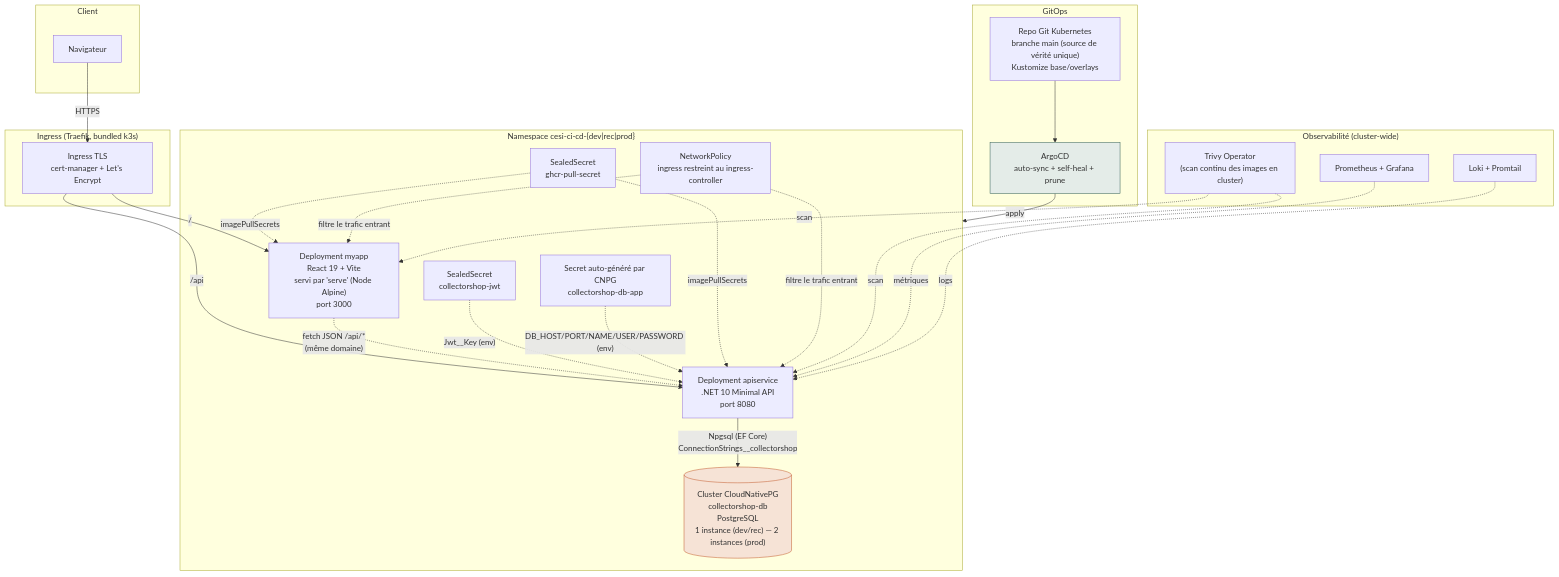
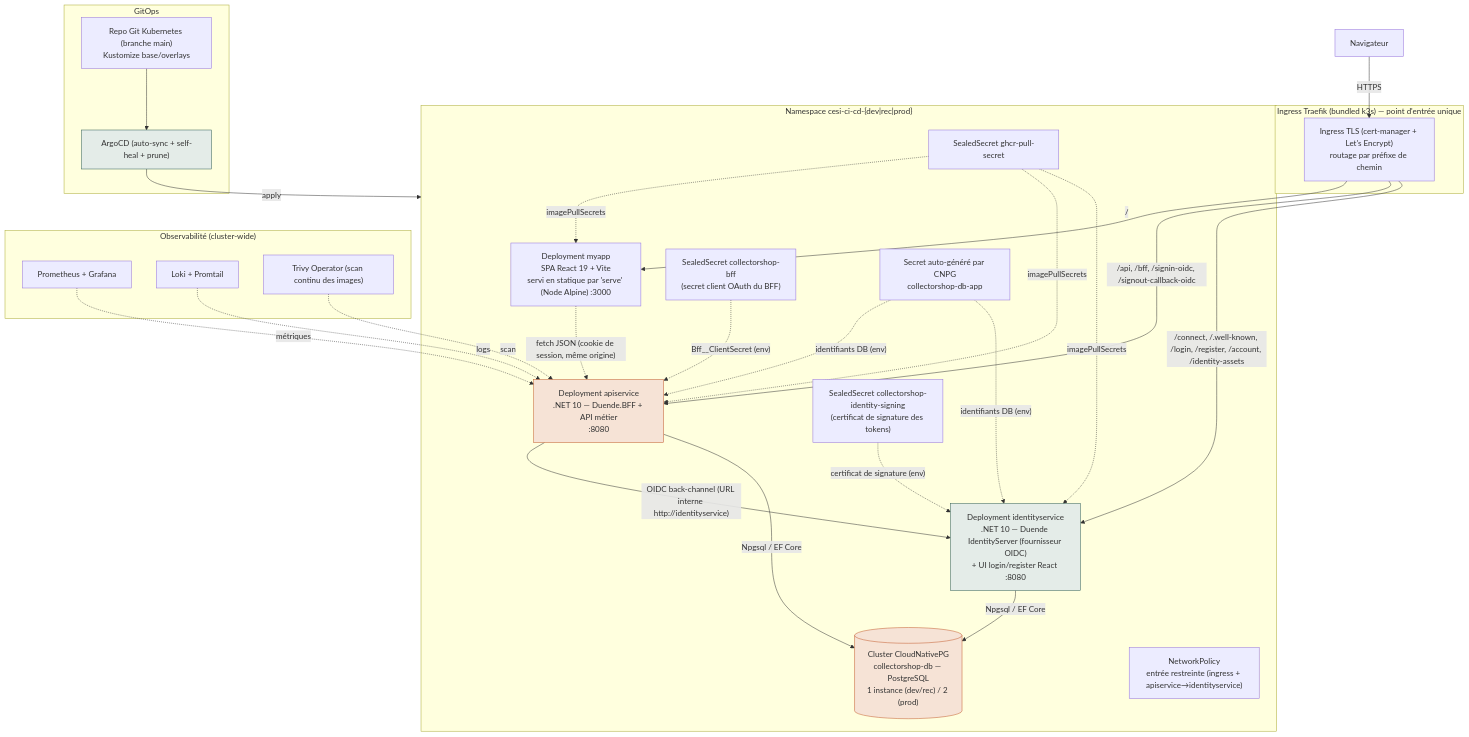
Before and after one commit to JulienForestier/CESI-CI-CD: the first of 2 diagrams in docs/livrables/05-architecture-technique.md, drawn with Mermaid. The commit also changed other lines of this file and 2 other files, not shown here.

Commit message:
docs(livrables): update 05/08/02 for OIDC-BFF architecture
- 05 architecture : réécriture complète (3 services myapp/apiservice=BFF/
  identityservice=IdP au lieu de 2 + JWT), 2 nouveaux diagrammes mermaid
  (archi 3-services + séquence du flow OIDC/BFF), tables sécurité/découpage
  à jour, la limite "pas de serveur d'auth dédié" devient une capacité.
- 08 sécurité : auth OIDC/BFF en bonne pratique, rate limiting marqué fait,
  secrets BFF/signing au lieu de JWT, hardening workflows CI, Security A.
- 02 tests : compteurs réels (107 backend + 156 front), TokenServiceTests
  retiré, tests IdentityService ajoutés, cookie/OIDC au lieu de JWT.

````diff
--- a/docs/livrables/05-architecture-technique.md
+++ b/docs/livrables/05-architecture-technique.md
@@ -5,55 +5,62 @@
 ```mermaid
 flowchart TB
-    subgraph CLIENT["Client"]
-        U["Navigateur"]
-    end
+    U["Navigateur"]
 
-    subgraph EDGE["Ingress (Traefik, bundled k3s)"]
-        ING["Ingress TLS\ncert-manager + Let's Encrypt"]
+    subgraph EDGE["Ingress Traefik (bundled k3s) — point d'entrée unique"]
+        ING["Ingress TLS (cert-manager + Let's Encrypt)<br/>routage par préfixe de chemin"]
     end
 
     subgraph NS["Namespace cesi-ci-cd-{dev|rec|prod}"]
-        FRONT["Deployment myapp\nReact 19 + Vite\nservi par 'serve' (Node Alpine)\nport 3000"]
-        API["Deployment apiservice\n.NET 10 Minimal API\nport 8080"]
-        DB[("Cluster CloudNativePG\ncollectorshop-db\nPostgreSQL\n1 instance (dev/rec) — 2 instances (prod)")]
+        FRONT["Deployment myapp<br/>SPA React 19 + Vite<br/>servi en statique par 'serve' (Node Alpine) :3000"]
+        BFF["Deployment apiservice<br/>.NET 10 — Duende.BFF + API métier<br/>:8080"]
+        IDP["Deployment identityservice<br/>.NET 10 — Duende IdentityServer (fournisseur OIDC)<br/>+ UI login/register React :8080"]
+        DB[("Cluster CloudNativePG<br/>collectorshop-db — PostgreSQL<br/>1 instance (dev/rec) / 2 (prod)")]
 
-        SS1["SealedSecret\nghcr-pull-secret"]
-        SS2["SealedSecret\ncollectorshop-jwt"]
-        CNPGSEC["Secret auto-généré par CNPG\ncollectorshop-db-app"]
-        NP["NetworkPolicy\ningress restreint au ingress-controller"]
+        SS1["SealedSecret ghcr-pull-secret"]
+        SS2["SealedSecret collectorshop-bff<br/>(secret client OAuth du BFF)"]
+        SS3["SealedSecret collectorshop-identity-signing<br/>(certificat de signature des tokens)"]
+        CNPGSEC["Secret auto-généré par CNPG<br/>collectorshop-db-app"]
+        NP["NetworkPolicy<br/>entrée restreinte (ingress + apiservice→identityservice)"]
     end
 
     subgraph OBS["Observabilité (cluster-wide)"]
         PROM["Prometheus + Grafana"]
         LOKI["Loki + Promtail"]
-        TRIVYOP["Trivy Operator\n(scan continu des images en cluster)"]
+        TRIVYOP["Trivy Operator (scan continu des images)"]
     end
 
     subgraph GITOPS["GitOps"]
-        ARGOCD["ArgoCD\nauto-sync + self-heal + prune"]
-        GIT["Repo Git Kubernetes\nbranche main (source de vérité unique)\nKustomize base/overlays"]
+        ARGOCD["ArgoCD (auto-sync + self-heal + prune)"]
+        GIT["Repo Git Kubernetes (branche main)<br/>Kustomize base/overlays"]
     end
 
-    U -->|"HTTPS"| ING
+    U -->|HTTPS| ING
     ING -->|"/"| FRONT
-    ING -->|"/api"| API
-    FRONT -.->|"fetch JSON /api/*\n(même domaine)"| API
-    API -->|"Npgsql (EF Core)\nConnectionStrings__collectorshop"| DB
-    SS2 -.->|"Jwt__Key (env)"| API
-    CNPGSEC -.->|"DB_HOST/PORT/NAME/USER/PASSWORD (env)"| API
-    SS1 -.->|"imagePullSecrets"| FRONT
-    SS1 -.->|"imagePullSecrets"| API
-    NP -.->|"filtre le trafic entrant"| FRONT
-    NP -.->|"filtre le trafic entrant"| API
+    ING -->|"/api, /bff, /signin-oidc, /signout-callback-oidc"| BFF
+    ING -->|"/connect, /.well-known, /login, /register, /account, /identity-assets"| IDP
 
-    TRIVYOP -.->|"scan"| FRONT
-    TRIVYOP -.->|"scan"| API
-    PROM -.->|"métriques"| API
-    LOKI -.->|"logs"| API
+    FRONT -.->|"fetch JSON (cookie de session, même origine)"| BFF
+    BFF -->|"OIDC back-channel (URL interne http://identityservice)"| IDP
+    BFF -->|"Npgsql / EF Core"| DB
+    IDP -->|"Npgsql / EF Core"| DB
+
+    SS2 -.->|"Bff__ClientSecret (env)"| BFF
+    SS3 -.->|"certificat de signature (env)"| IDP
+    CNPGSEC -.->|"identifiants DB (env)"| BFF
+    CNPGSEC -.->|"identifiants DB (env)"| IDP
+    SS1 -.->|imagePullSecrets| FRONT
+    SS1 -.->|imagePullSecrets| BFF
+    SS1 -.->|imagePullSecrets| IDP
+
+    TRIVYOP -.->|scan| BFF
+    PROM -.->|métriques| BFF
+    LOKI -.->|logs| BFF
 
     GIT --> ARGOCD
-    ARGOCD -->|"apply"| NS
+    ARGOCD -->|apply| NS
 
     style DB fill:#f6e3d6,stroke:#c25a2b
     style ARGOCD fill:#e4ece8,stroke:#2f5d55
+    style BFF fill:#f6e3d6,stroke:#c25a2b
+    style IDP fill:#e4ece8,stroke:#2f5d55
 ```
````
